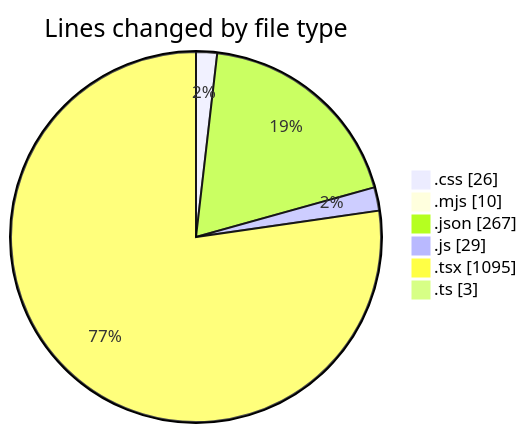
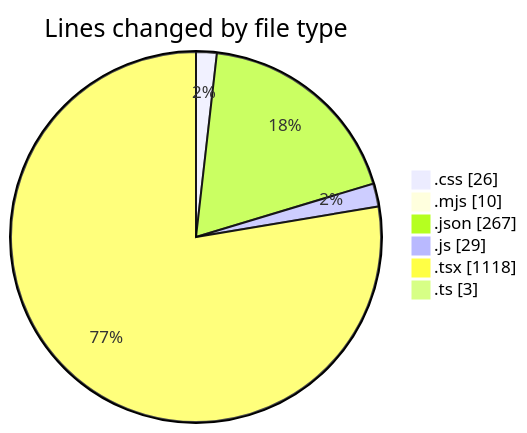
Before and after one commit to Ritupan-Deka/code-tracking: the first of 2 diagrams in 2025-06-23/scopecraft/README.md, drawn with Mermaid. The commit also changed other lines of this file and 1 other file, not shown here.

````diff
--- a/2025-06-23/scopecraft/README.md
+++ b/2025-06-23/scopecraft/README.md
@@ -42,10 +42,10 @@
 ```mermaid
 pie showData
 title Lines changed by file type
 ".css" : 26
 ".mjs" : 10
 ".json" : 267
 ".js" : 29
-".tsx" : 1095
+".tsx" : 1118
 ".ts" : 3
 ```
````
